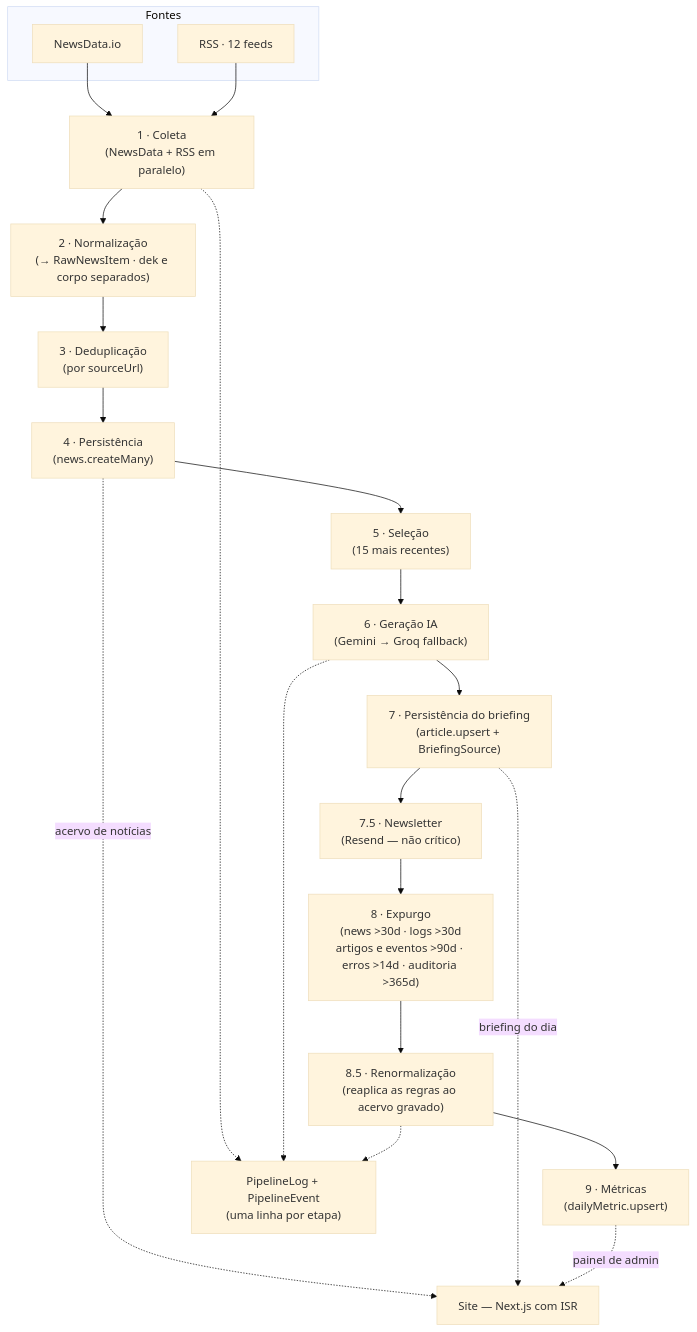
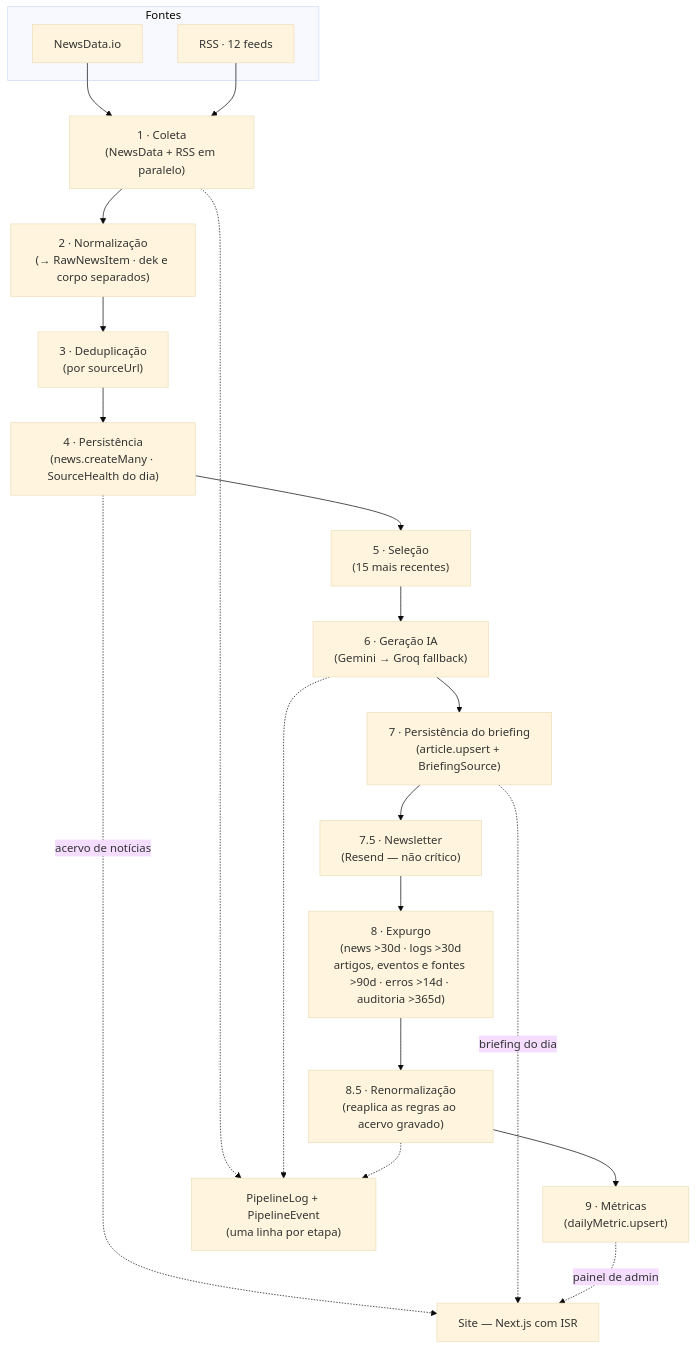
The diagram in docs/diagrams/data-flow.mermaid (tavinholoco/newra-news), drawn with Mermaid (base theme) before and after one commit. The commit also changed 25 other files, not shown here.

```diff
--- a/docs/diagrams/data-flow.mermaid
+++ b/docs/diagrams/data-flow.mermaid
@@ -1,35 +1,36 @@
 %% Fluxo de Dados Diário — Pipeline de Notícias (Newra News)
 %% ---
-%% Atualizado em 01/09/2026. As 11 etapas do `pipeline.service.ts`, na ordem em
-%% que rodam, e o que cada uma deixa gravado.
+%% Atualizado em 15/09/2026. As 11 etapas do `pipeline.service.ts`, na ordem em
+%% que rodam, e o que cada uma deixa gravado. A etapa 4 grava também a
+%% SourceHealth do dia (Fase 11 do plano de observabilidade), e a 8 a expurga.
 flowchart TB
     subgraph Coleta["Fontes"]
         ND["NewsData.io"]
         RSS["RSS · 12 feeds"]
     end
 
     S1["1 · Coleta<br/>(NewsData + RSS em paralelo)"]
     S2["2 · Normalização<br/>(→ RawNewsItem · dek e corpo separados)"]
     S3["3 · Deduplicação<br/>(por sourceUrl)"]
-    S4["4 · Persistência<br/>(news.createMany)"]
+    S4["4 · Persistência<br/>(news.createMany · SourceHealth do dia)"]
     S5["5 · Seleção<br/>(15 mais recentes)"]
     S6["6 · Geração IA<br/>(Gemini → Groq fallback)"]
     S7["7 · Persistência do briefing<br/>(article.upsert + BriefingSource)"]
     S75["7.5 · Newsletter<br/>(Resend — não crítico)"]
-    S8["8 · Expurgo<br/>(news >30d · logs >30d<br/>artigos e eventos >90d · erros >14d · auditoria >365d)"]
+    S8["8 · Expurgo<br/>(news >30d · logs >30d<br/>artigos, eventos e fontes >90d · erros >14d · auditoria >365d)"]
     S85["8.5 · Renormalização<br/>(reaplica as regras ao acervo gravado)"]
     S9["9 · Métricas<br/>(dailyMetric.upsert)"]
 
     ND --> S1
     RSS --> S1
     S1 --> S2 --> S3 --> S4 --> S5 --> S6 --> S7 --> S75 --> S8 --> S85 --> S9
 
     SITE["Site — Next.js com ISR"]
     S4 -.->|"acervo de notícias"| SITE
     S7 -.->|"briefing do dia"| SITE
     S9 -.->|"painel de admin"| SITE
 
     LOG["PipelineLog + PipelineEvent<br/>(uma linha por etapa)"]
     S1 -.-> LOG
     S6 -.-> LOG
     S85 -.-> LOG
```
